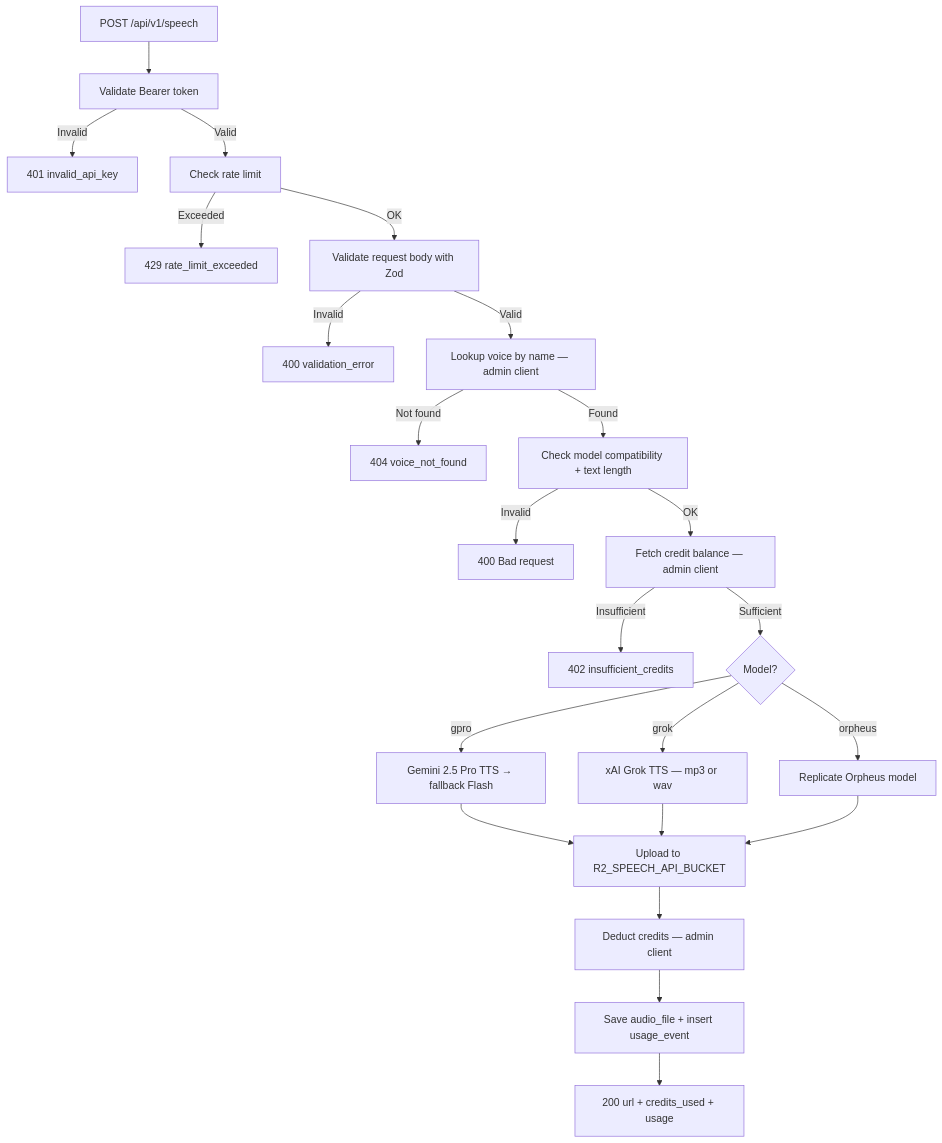
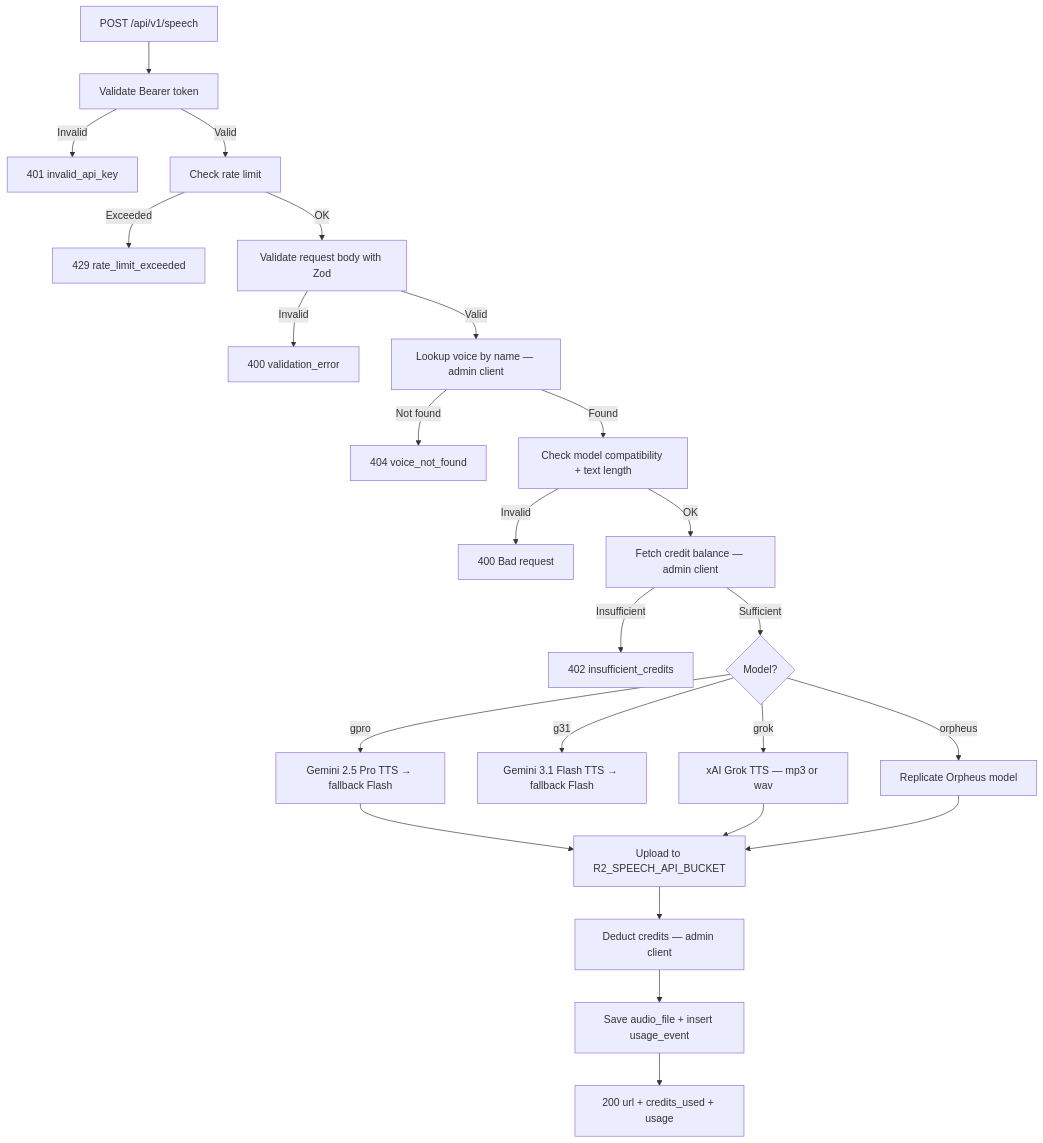
One commit to gianpaj/sexyvoice changed the first of 4 diagrams in ARCHITECTURE.md. Above: the diagram before and after it, drawn with Mermaid. The commit also changed other lines of this file and 21 other files, not shown here.

````diff
--- a/ARCHITECTURE.md
+++ b/ARCHITECTURE.md
@@ -76,25 +76,26 @@
 ```mermaid
 flowchart TD
     A[POST /api/v1/speech] --> B[Validate Bearer token]
     B -->|Invalid| Z1[401 invalid_api_key]
     B -->|Valid| C[Check rate limit]
     C -->|Exceeded| Z2[429 rate_limit_exceeded]
     C -->|OK| D[Validate request body with Zod]
     D -->|Invalid| Z3[400 validation_error]
     D -->|Valid| E[Lookup voice by name — admin client]
     E -->|Not found| Z4[404 voice_not_found]
     E -->|Found| F[Check model compatibility + text length]
     F -->|Invalid| Z5[400 Bad request]
     F -->|OK| G[Fetch credit balance — admin client]
     G -->|Insufficient| Z6[402 insufficient_credits]
     G -->|Sufficient| H{Model?}
     H -->|gpro| I[Gemini 2.5 Pro TTS → fallback Flash]
+    H -->|g31| I2[Gemini 3.1 Flash TTS → fallback Flash]
     H -->|grok| J2[xAI Grok TTS — mp3 or wav]
     H -->|orpheus| J[Replicate Orpheus model]
     I --> K[Upload to R2_SPEECH_API_BUCKET]
     J2 --> K
     J --> K
     K --> L[Deduct credits — admin client]
     L --> M[Save audio_file + insert usage_event]
     M --> N[200 url + credits_used + usage]
 ```
````
